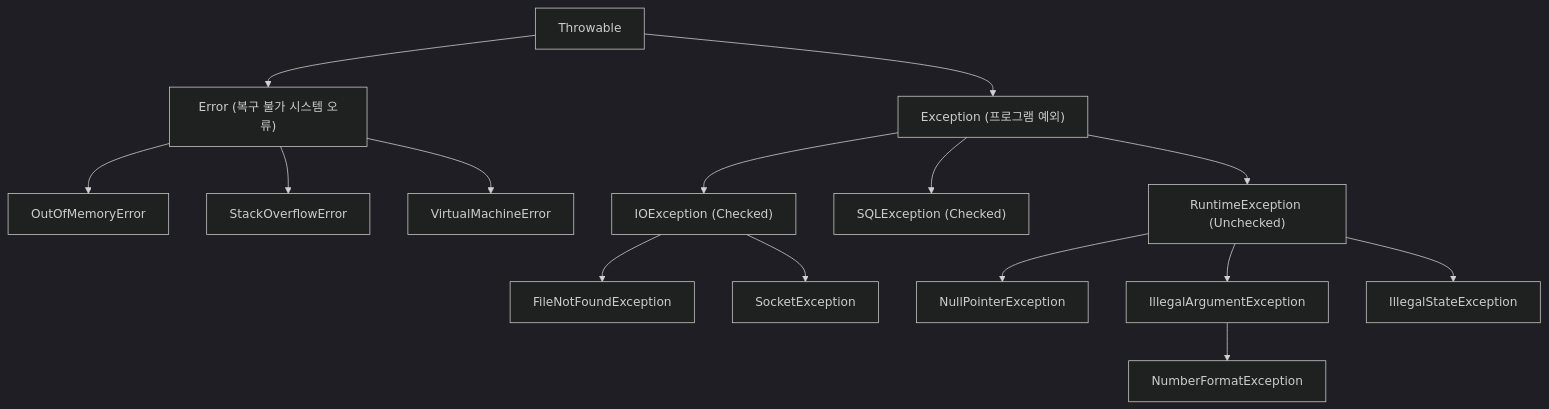
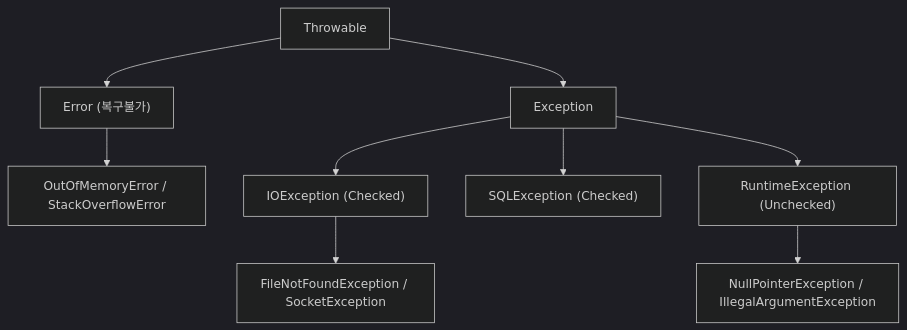
The first of 4 diagrams in _posts/java/2026-05-01-java-exception.md (yjkim2015/yjkim2015.github.io), drawn with Mermaid (dark theme) before and after one commit. The commit also changed other lines of this file and 215 other files, not shown here.

First line of the commit message:
신규 포스트 10개 추가 + Mermaid 전면 축소 + SystemDesign 시리즈 보강

````diff
--- a/_posts/java/2026-05-01-java-exception.md
+++ b/_posts/java/2026-05-01-java-exception.md
@@ -20,17 +20,8 @@
 ```mermaid
 graph TD
-    A["Throwable"] --> B["Error (복구 불가 시스템 오류)"]
-    A --> C["Exception (프로그램 예외)"]
-    B --> B1["OutOfMemoryError"]
-    B --> B2["StackOverflowError"]
-    B --> B3["VirtualMachineError"]
-    C --> D["IOException (Checked)"]
-    C --> E["SQLException (Checked)"]
-    C --> F["RuntimeException (Unchecked)"]
-    D --> D1["FileNotFoundException"]
-    D --> D2["SocketException"]
-    F --> F1["NullPointerException"]
-    F --> F2["IllegalArgumentException"]
-    F --> F3["IllegalStateException"]
-    F2 --> F2a["NumberFormatException"]
+    A["Throwable"] --> B["Error (복구불가)"] & C["Exception"]
+    B --> B1["OutOfMemoryError / StackOverflowError"]
+    C --> D["IOException (Checked)"] & E["SQLException (Checked)"] & F["RuntimeException (Unchecked)"]
+    D --> D1["FileNotFoundException / SocketException"]
+    F --> F1["NullPointerException / IllegalArgumentException"]
 ```
````
